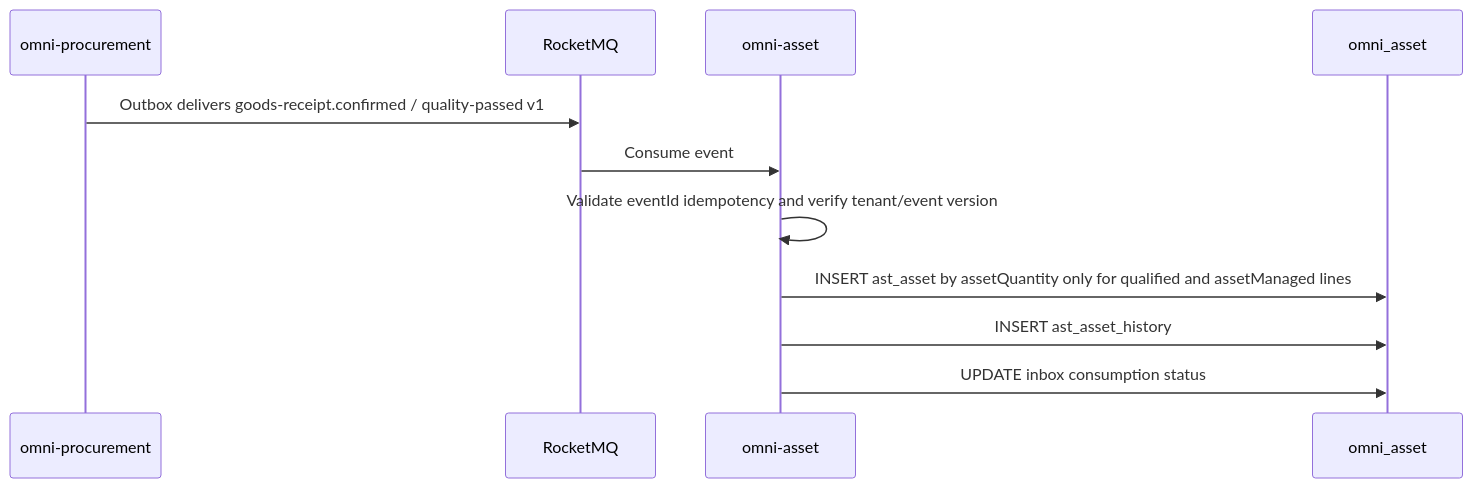
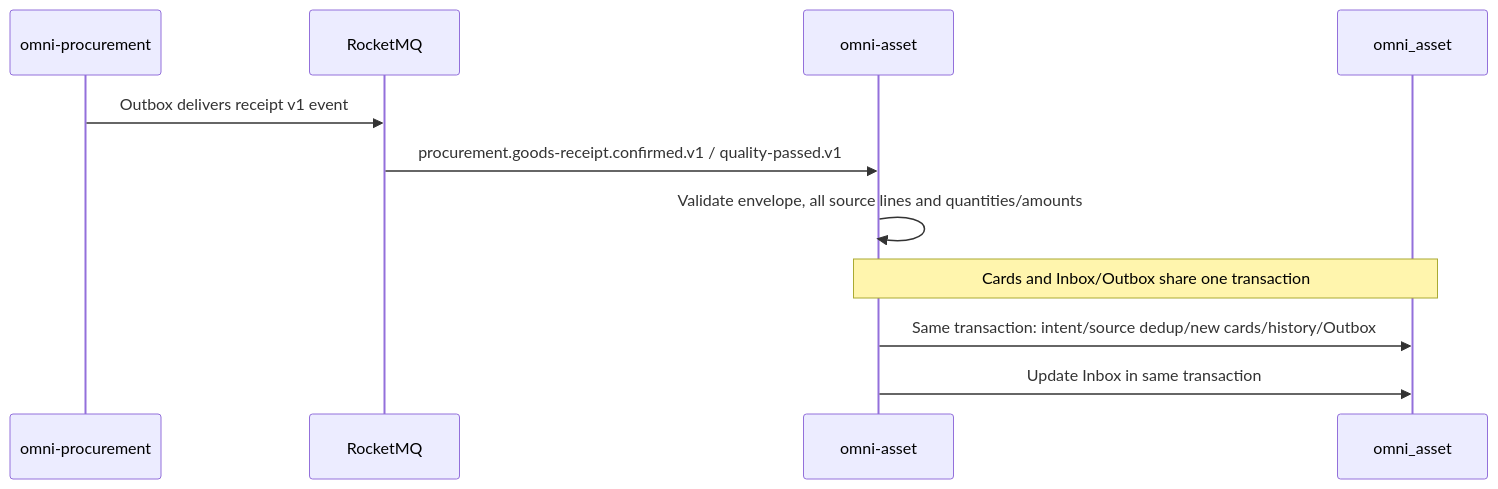
Before and after one commit to wang-baohai/Omni-Stack: the fourth of 6 diagrams in docs/design/asset-design.en.md, drawn with Mermaid. The commit also changed other lines of this file and 1095 other files, not shown here.

````diff
--- a/docs/design/asset-design.en.md
+++ b/docs/design/asset-design.en.md
@@ -213,14 +216,13 @@
 ```mermaid
 sequenceDiagram
     participant PROC as omni-procurement
     participant MQ as RocketMQ
     participant ASSET as omni-asset
     participant DB as omni_asset
-
-    PROC->>MQ: Outbox delivers goods-receipt.confirmed / quality-passed v1
-    MQ->>ASSET: Consume event
-    ASSET->>ASSET: Validate eventId idempotency and verify tenant/event version
-    ASSET->>DB: INSERT ast_asset by assetQuantity only for qualified and assetManaged lines
-    ASSET->>DB: INSERT ast_asset_history
-    ASSET->>DB: UPDATE inbox consumption status
+    PROC->>MQ: Outbox delivers receipt v1 event
+    MQ->>ASSET: procurement.goods-receipt.confirmed.v1 / quality-passed.v1
+    ASSET->>ASSET: Validate envelope, all source lines and quantities/amounts
+    Note over ASSET,DB: Cards and Inbox/Outbox share one transaction
+    ASSET->>DB: Same transaction: intent/source dedup/new cards/history/Outbox
+    ASSET->>DB: Update Inbox in same transaction
 ```
````
